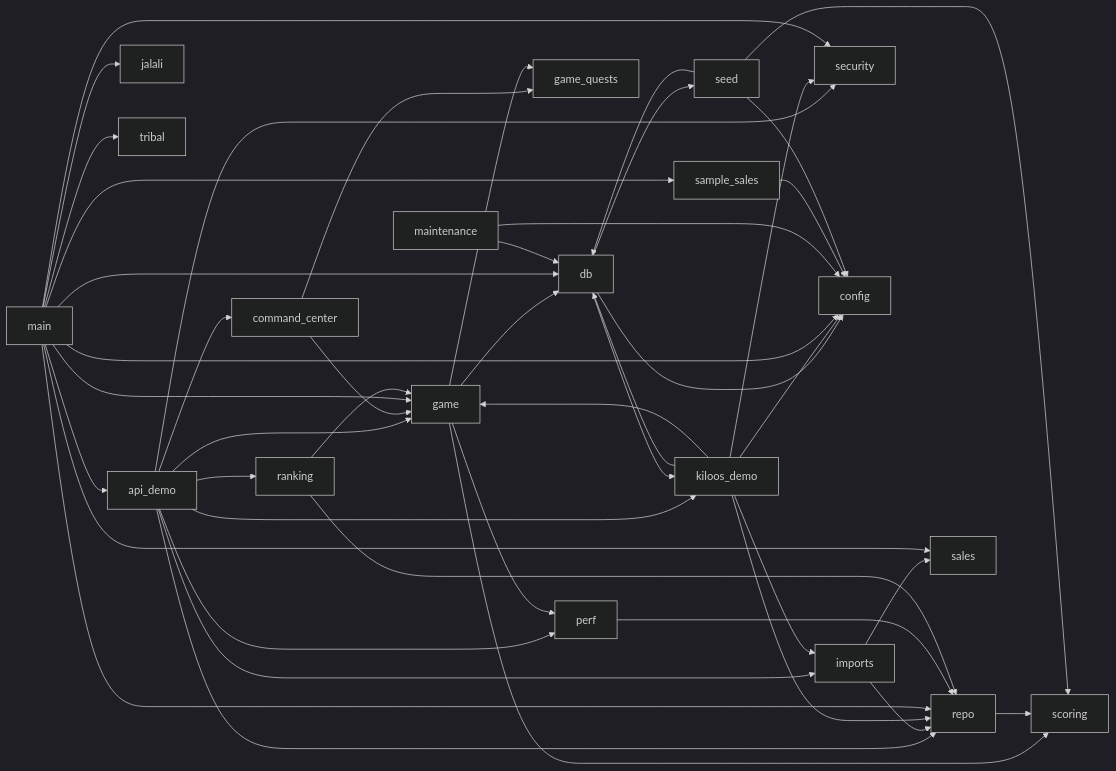
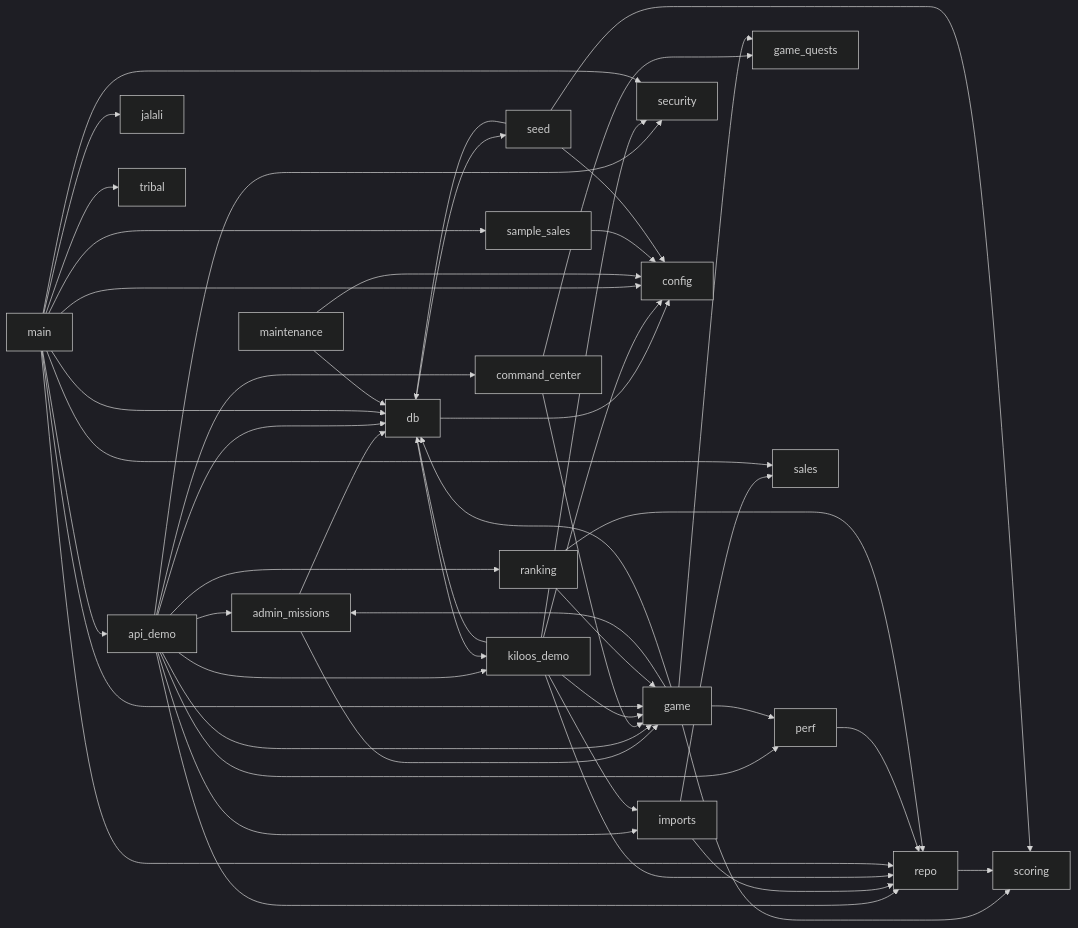
The diagram in docs/agent-guide/code-map.md (iciiex/comu-center), drawn with Mermaid (dark theme) before and after one commit. The commit also changed other lines of this file and 18 other files, not shown here.

Commit message:
WIP: game demo admin missions and activity pages (not re-tested)

````diff
--- a/docs/agent-guide/code-map.md
+++ b/docs/agent-guide/code-map.md
@@ -54,48 +55,53 @@
 ```mermaid
 graph LR
+    admin_missions --> db
+    admin_missions --> game
+    api_demo --> admin_missions
     api_demo --> command_center
+    api_demo --> db
     api_demo --> game
     api_demo --> imports
     api_demo --> kiloos_demo
     api_demo --> perf
     api_demo --> ranking
     api_demo --> repo
     api_demo --> security
     command_center --> game
     command_center --> game_quests
     db --> config
     db --> kiloos_demo
     db --> seed
+    game --> admin_missions
     game --> db
     game --> game_quests
     game --> perf
     game --> scoring
     imports --> repo
     imports --> sales
     kiloos_demo --> config
     kiloos_demo --> db
     kiloos_demo --> game
     kiloos_demo --> imports
     kiloos_demo --> repo
     kiloos_demo --> security
     main --> api_demo
     main --> config
     main --> db
     main --> game
     main --> jalali
     main --> repo
     main --> sales
     main --> sample_sales
     main --> security
     main --> tribal
     maintenance --> config
     maintenance --> db
     perf --> repo
     ranking --> game
     ranking --> repo
     repo --> scoring
     sample_sales --> config
     seed --> config
     seed --> db
     seed --> scoring
 ```
````
